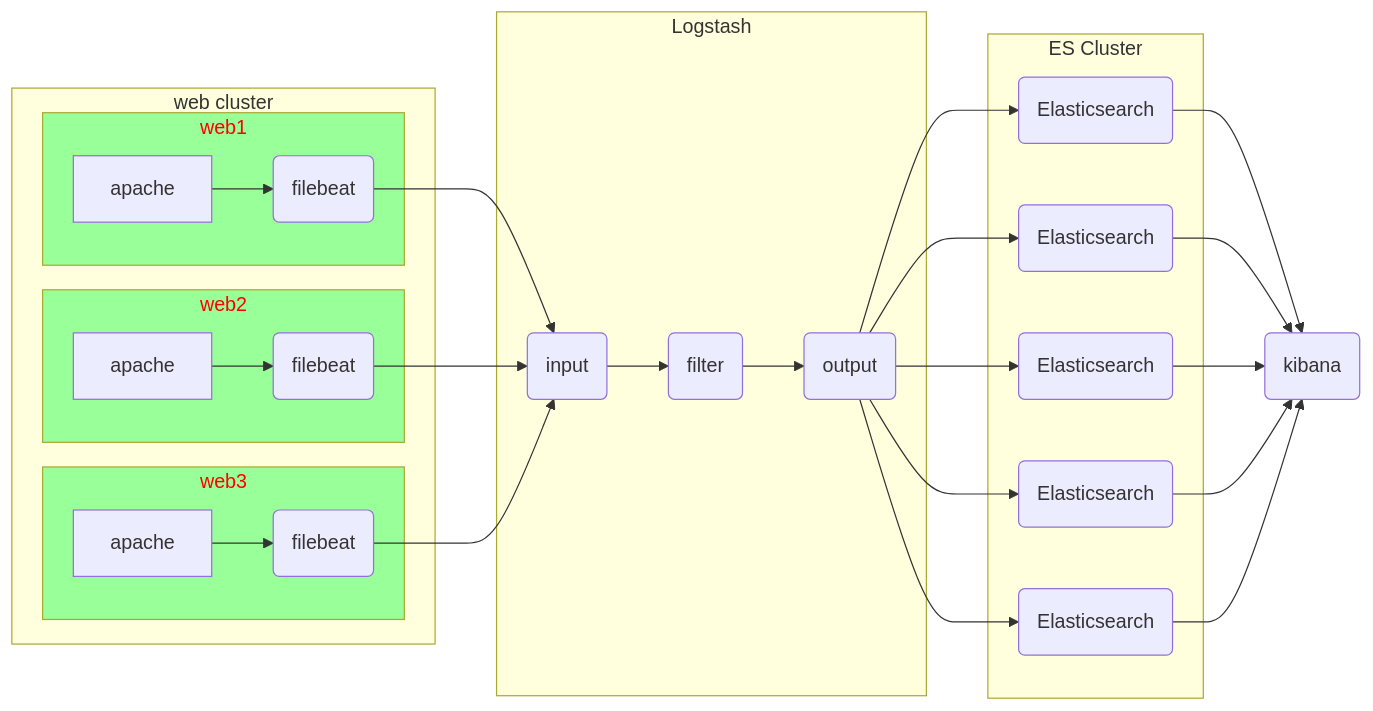
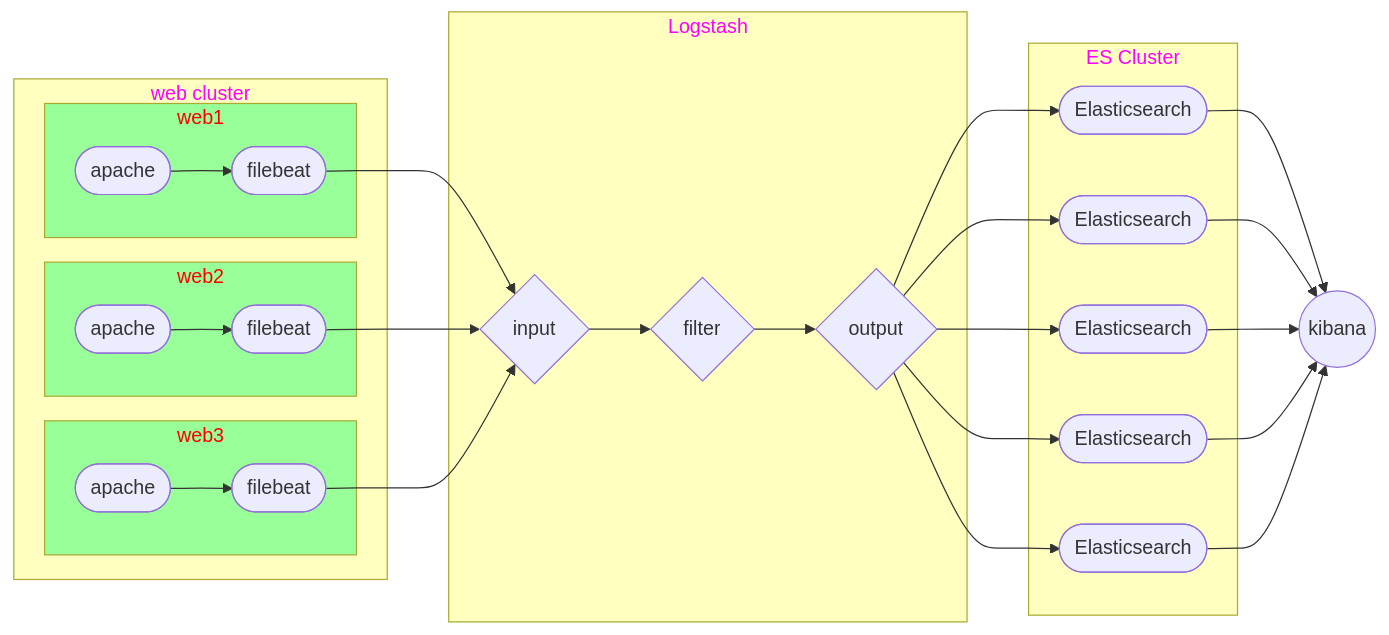
Before and after one commit to byy1679/cloud: the diagram in ARCHITECTURE/02/elk-02.md, drawn with Mermaid. The commit also changed 4 other files, not shown here.

````diff
--- a/ARCHITECTURE/02/elk-02.md
+++ b/ARCHITECTURE/02/elk-02.md
@@ -5,40 +5,26 @@
 ```mermaid
-graph LR
-subgraph web cluster
+flowchart LR
+subgraph Z1[web cluster]
   subgraph web1
-    H1[apache] --> F1(filebeat)
+    H1([apache]) --> F1([filebeat])
   end
   subgraph web2
-    H2[apache] --> F2(filebeat)
+    H2([apache]) --> F2([filebeat])
   end
   subgraph web3
-    H3[apache] --> F3(filebeat)
+    H3([apache]) --> F3([filebeat])
   end
-  style web1 color:#ff0000,fill:#99ff99
-  style web2 color:#ff0000,fill:#99ff99
-  style web3 color:#ff0000,fill:#99ff99
 end
-F1 --> A1
-F2 --> A1
-F3 --> A1
-subgraph Logstash
-  A1(input) --> A2(filter) --> A3(output)
+subgraph Z2[Logstash]
+  F1 & F2 & F3 --> A1{input} --> A2{filter} --> A3{output}
 end
-subgraph ES Cluster
-  ES1(Elasticsearch)  
-  ES2(Elasticsearch)
-  ES3(Elasticsearch)
-  ES4(Elasticsearch)
-  ES5(Elasticsearch)
+subgraph Z3[ES Cluster]
+  ES1([Elasticsearch]);ES2([Elasticsearch]);ES3([Elasticsearch]);ES4([Elasticsearch]);ES5([Elasticsearch])
 end
-A3 --> ES1
-A3 --> ES2
-A3 --> ES3
-A3 --> ES4
-A3 --> ES5
-ES1 --> K(kibana)
-ES2 --> K
-ES3 --> K
-ES4 --> K
-ES5 --> K
+A3 --> ES1 & ES2 & ES3 & ES4 & ES5
+ES1 & ES2 & ES3 & ES4 & ES5 --> K((kibana))
+classDef WEB color:#ff0000,fill:#99ff99
+class web1,web2,web3 WEB
+classDef ZONE fill:#ffffc0,color:#ff00ff
+class Z1,Z2,Z3 ZONE
 ```
````
